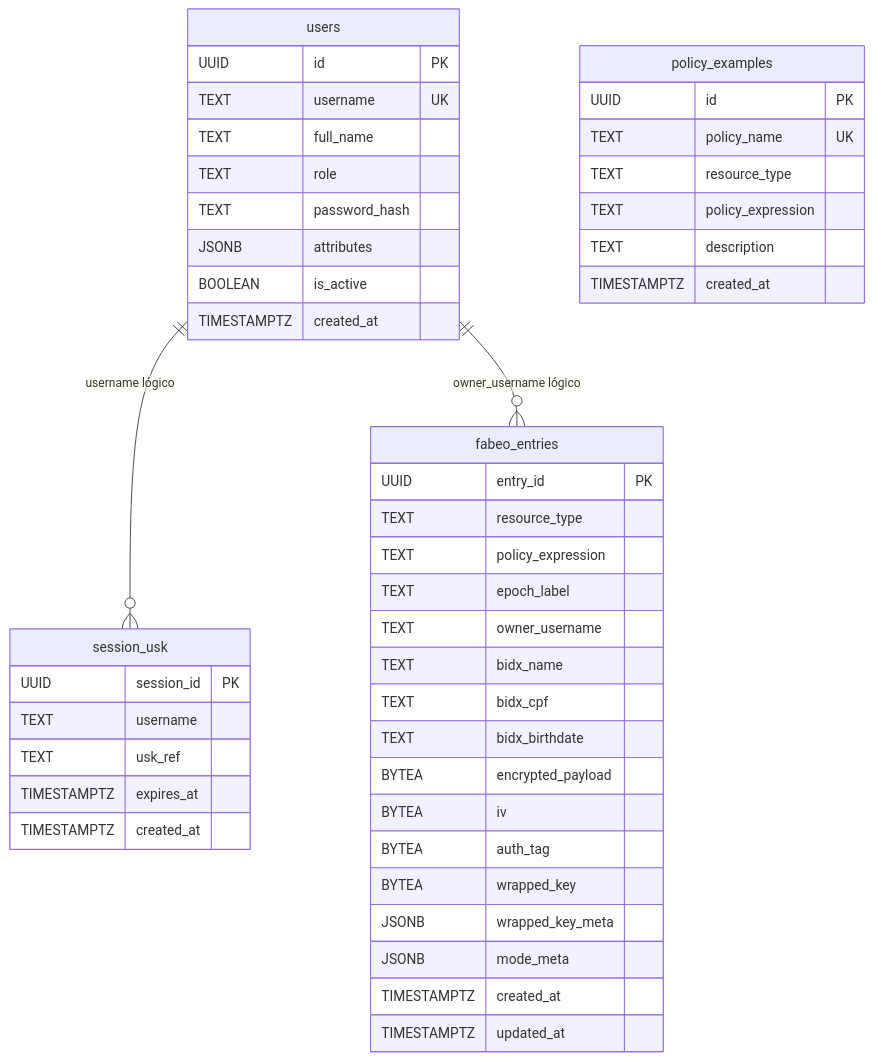
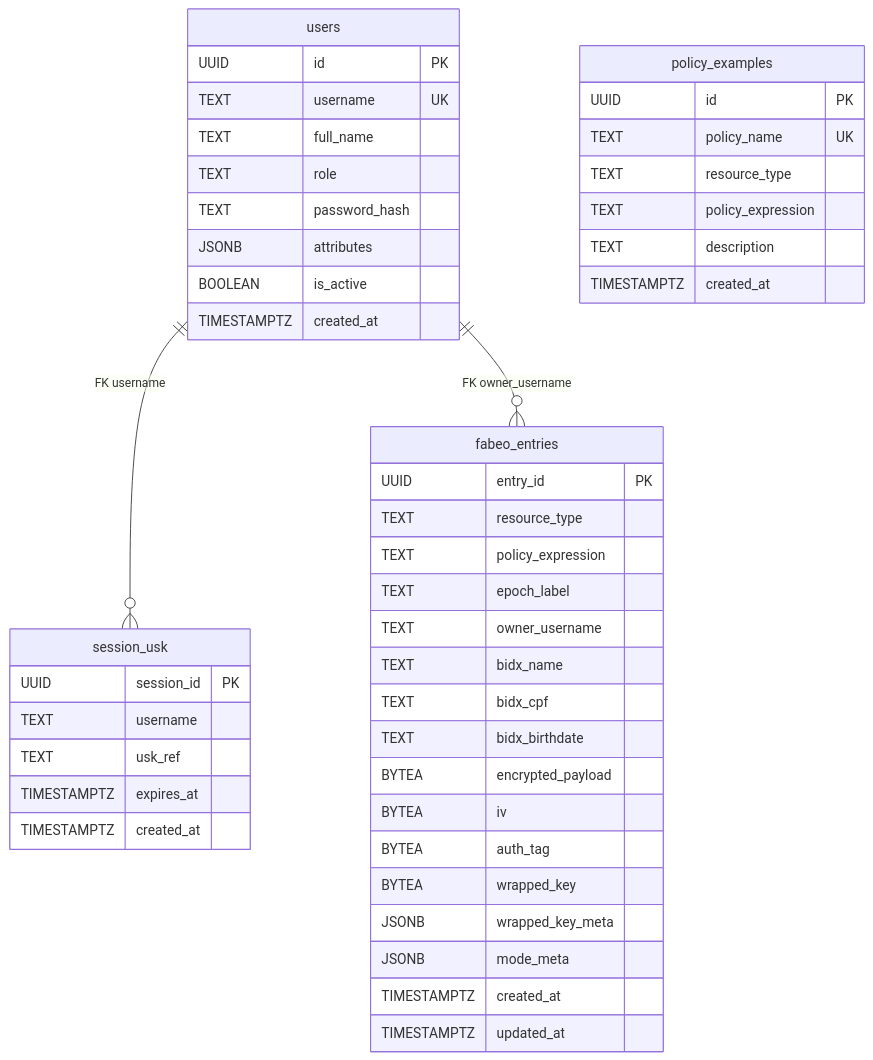
One commit to tomoutsuki/machs2 changed the diagram in docs/database.md. Above: the diagram before and after it, drawn with Mermaid. The commit also changed other lines of this file and 1 other file, not shown here.

Commit message:
beta 1.1.4 - Implement foreign key in table and Update database documentation

````diff
--- a/docs/database.md
+++ b/docs/database.md
@@ -206,52 +206,52 @@
 ```mermaid
 erDiagram
     users {
         UUID id PK
         TEXT username UK
         TEXT full_name
         TEXT role
         TEXT password_hash
         JSONB attributes
         BOOLEAN is_active
         TIMESTAMPTZ created_at
     }
 
     session_usk {
         UUID session_id PK
         TEXT username
         TEXT usk_ref
         TIMESTAMPTZ expires_at
         TIMESTAMPTZ created_at
     }
 
     policy_examples {
         UUID id PK
         TEXT policy_name UK
         TEXT resource_type
         TEXT policy_expression
         TEXT description
         TIMESTAMPTZ created_at
     }
 
     fabeo_entries {
         UUID entry_id PK
         TEXT resource_type
         TEXT policy_expression
         TEXT epoch_label
         TEXT owner_username
         TEXT bidx_name
         TEXT bidx_cpf
         TEXT bidx_birthdate
         BYTEA encrypted_payload
         BYTEA iv
         BYTEA auth_tag
         BYTEA wrapped_key
         JSONB wrapped_key_meta
         JSONB mode_meta
         TIMESTAMPTZ created_at
         TIMESTAMPTZ updated_at
     }
 
-    users ||--o{ session_usk : "username lógico"
-    users ||--o{ fabeo_entries : "owner_username lógico"
+    users ||--o{ session_usk : "FK username"
+    users ||--o{ fabeo_entries : "FK owner_username"
 ```
````
